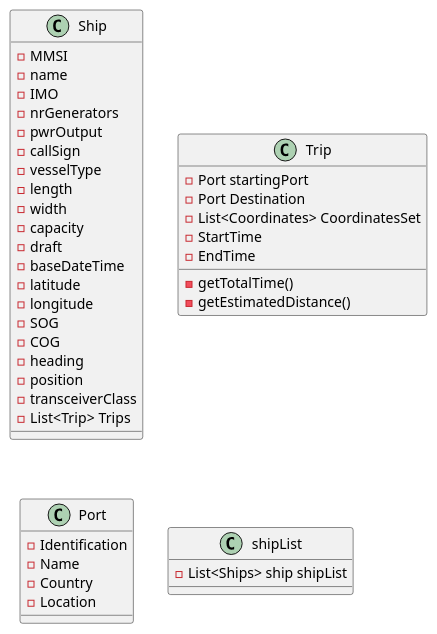
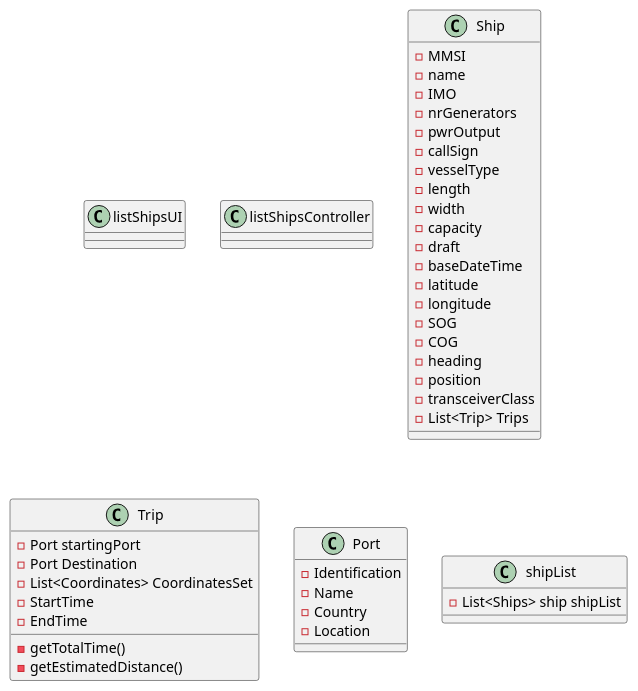
One commit to mpoboas/lapr3-2021-g102 changed the diagram in docs/Sprint1/US105/CD.puml. Above: the diagram before and after it, drawn with PlantUML. The commit also changed 8 other files, not shown here.

```diff
--- a/docs/Sprint1/US105/CD.puml
+++ b/docs/Sprint1/US105/CD.puml
@@ -1,47 +1,54 @@
 @startuml
+
+
+class listShipsUI {}
+
+
+class listShipsController
+
 class Ship {
 -MMSI
 -name
 -IMO
 -nrGenerators
 -pwrOutput
 -callSign
 -vesselType
 -length
 -width
 -capacity
 -draft
 -baseDateTime
 -latitude
 -longitude
 -SOG
 -COG
 -heading
 -position
 -transceiverClass
 -List<Trip> Trips
 }
 
 class Trip{
 -Port startingPort
 -Port Destination
 -List<Coordinates> CoordinatesSet
 -StartTime
 -EndTime
 -getTotalTime()
 -getEstimatedDistance()
 }
 
 class Port{
 -Identification
 -Name
 -Country
 -Location
 }
 
 class shipList{
 -List<Ships> ship shipList
 }
 
 
 @enduml
```
